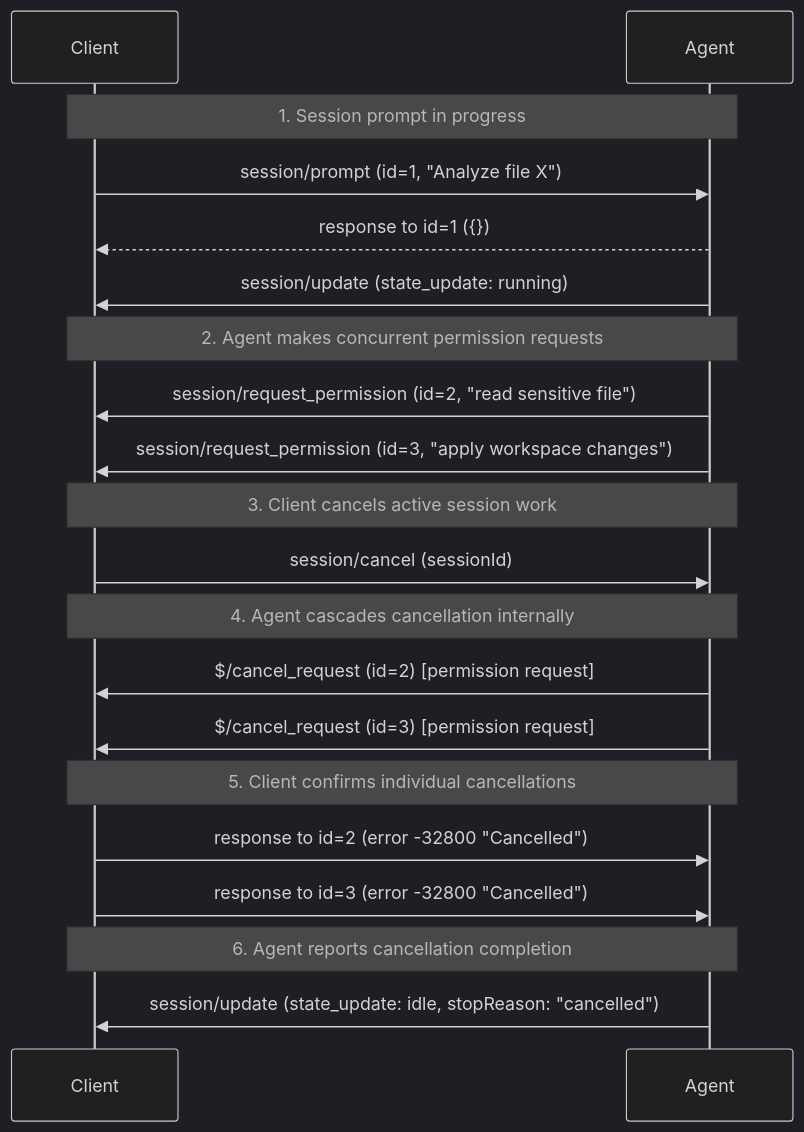
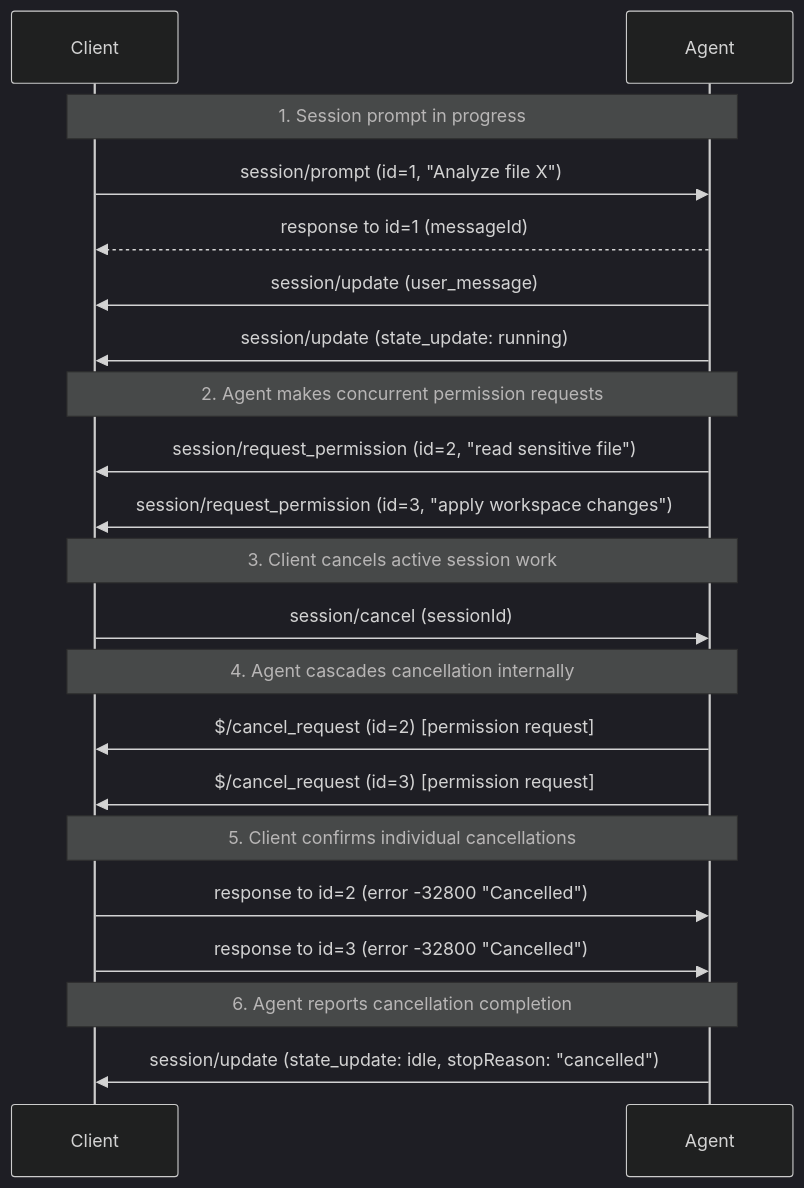
Before and after one commit to agentclientprotocol/agent-client-protocol: the diagram in docs/protocol/v2/cancellation.mdx, drawn with Mermaid (dark theme). The commit also changed 1 other file, not shown here.

Commit message:
docs: show messageId in v2 cancellation prompt response
The Cascading Cancellation Flow diagram answered session/prompt with {}, but a v2 prompt response requires messageId. Also show the required user_message update that reports the inserted message.

````diff
--- a/docs/protocol/v2/cancellation.mdx
+++ b/docs/protocol/v2/cancellation.mdx
@@ -44,28 +44,29 @@
 ```mermaid
 sequenceDiagram
     participant Client
     participant Agent
 
     Note over Client,Agent: 1. Session prompt in progress
     Client->>Agent: session/prompt (id=1, "Analyze file X")
-    Agent-->>Client: response to id=1 ({})
+    Agent-->>Client: response to id=1 (messageId)
+    Agent->>Client: session/update (user_message)
     Agent->>Client: session/update (state_update: running)
 
     Note over Client,Agent: 2. Agent makes concurrent permission requests
     Agent->>Client: session/request_permission (id=2, "read sensitive file")
     Agent->>Client: session/request_permission (id=3, "apply workspace changes")
 
     Note over Client,Agent: 3. Client cancels active session work
     Client->>Agent: session/cancel (sessionId)
 
     Note over Client,Agent: 4. Agent cascades cancellation internally
     Agent->>Client: $/cancel_request (id=2) [permission request]
     Agent->>Client: $/cancel_request (id=3) [permission request]
 
     Note over Client,Agent: 5. Client confirms individual cancellations
     Client->>Agent: response to id=2 (error -32800 "Cancelled")
     Client->>Agent: response to id=3 (error -32800 "Cancelled")
 
     Note over Client,Agent: 6. Agent reports cancellation completion
     Agent->>Client: session/update (state_update: idle, stopReason: "cancelled")
 ```
````
